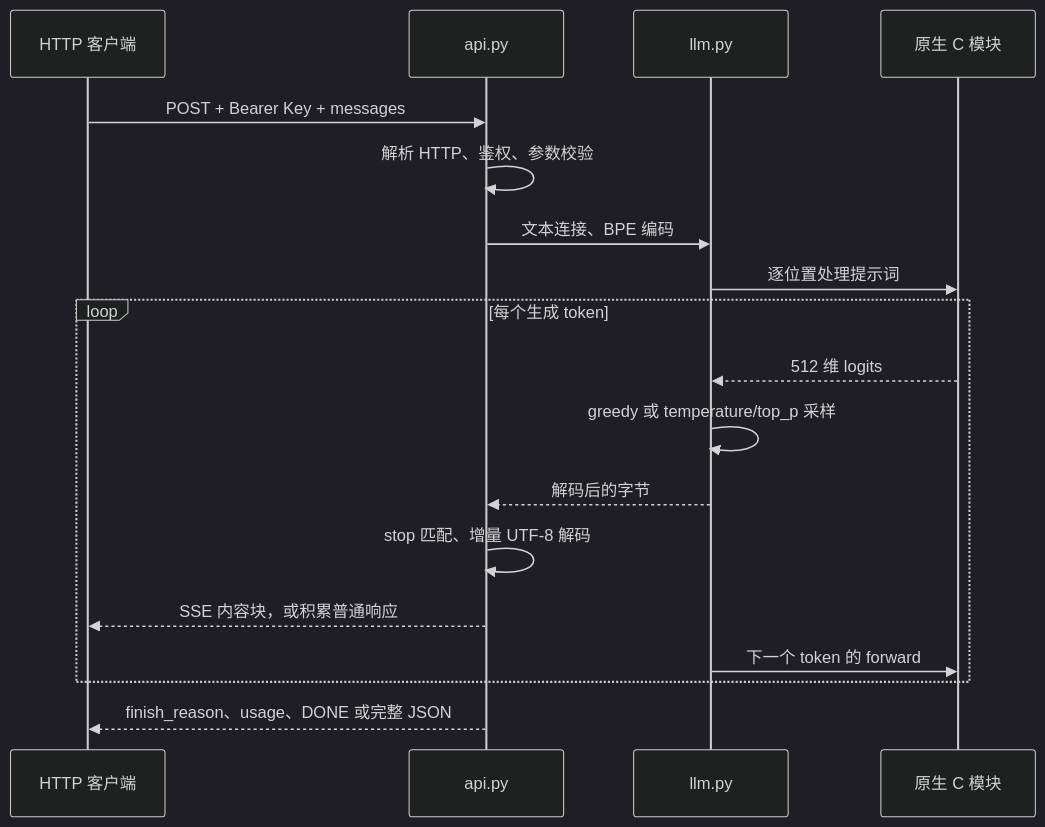
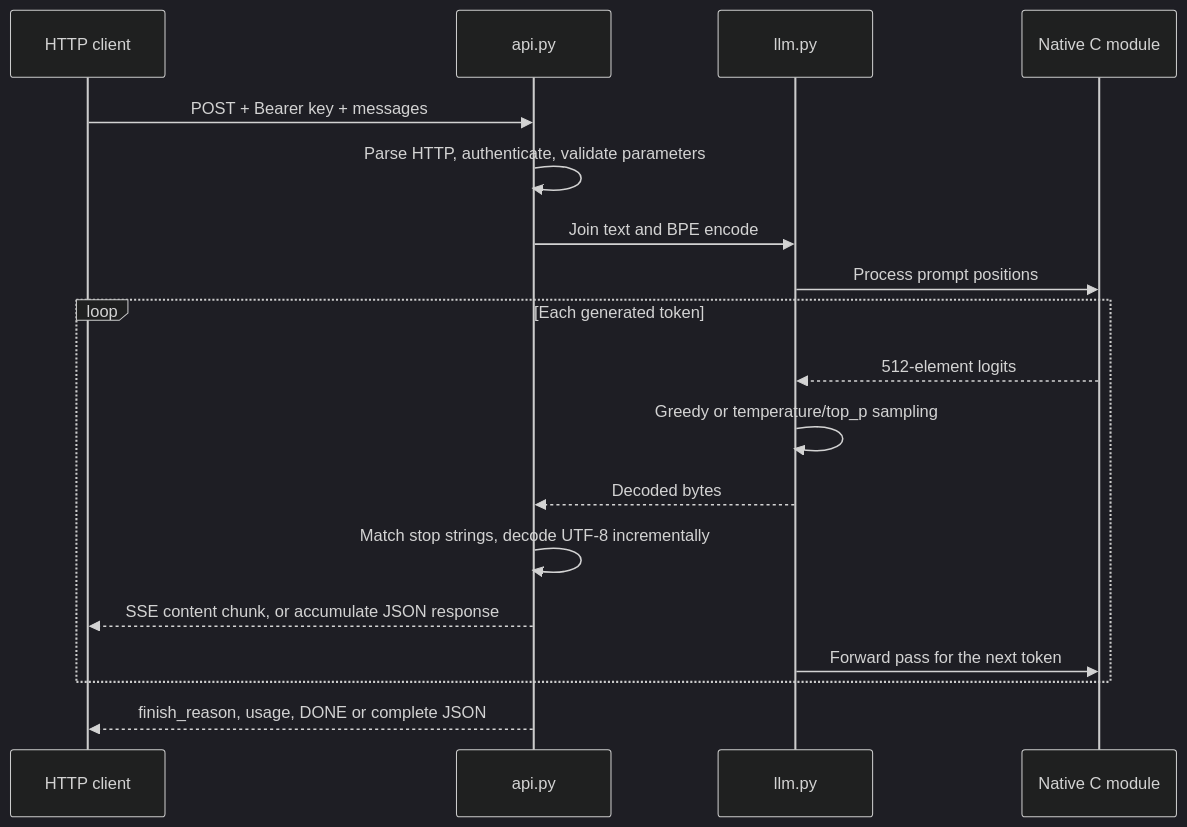
One commit to InfronAI/esp32-llm-service changed the second of 2 diagrams in docs/architecture.md. Above: the diagram before and after it, drawn with Mermaid (dark theme). The commit also changed other lines of this file and 29 other files, not shown here.

````diff
--- a/docs/architecture.md
+++ b/docs/architecture.md
@@ -39,20 +41,20 @@
 ```mermaid
 sequenceDiagram
-    participant C as HTTP 客户端
+    participant C as HTTP client
     participant A as api.py
     participant P as llm.py
-    participant N as 原生 C 模块
-    C->>A: POST + Bearer Key + messages
-    A->>A: 解析 HTTP、鉴权、参数校验
-    A->>P: 文本连接、BPE 编码
-    P->>N: 逐位置处理提示词
-    loop 每个生成 token
-        N-->>P: 512 维 logits
-        P->>P: greedy 或 temperature/top_p 采样
-        P-->>A: 解码后的字节
-        A->>A: stop 匹配、增量 UTF-8 解码
-        A-->>C: SSE 内容块，或积累普通响应
-        P->>N: 下一个 token 的 forward
+    participant N as Native C module
+    C->>A: POST + Bearer key + messages
+    A->>A: Parse HTTP, authenticate, validate parameters
+    A->>P: Join text and BPE encode
+    P->>N: Process prompt positions
+    loop Each generated token
+        N-->>P: 512-element logits
+        P->>P: Greedy or temperature/top_p sampling
+        P-->>A: Decoded bytes
+        A->>A: Match stop strings, decode UTF-8 incrementally
+        A-->>C: SSE content chunk, or accumulate JSON response
+        P->>N: Forward pass for the next token
     end
-    A-->>C: finish_reason、usage、DONE 或完整 JSON
+    A-->>C: finish_reason, usage, DONE or complete JSON
 ```
````
